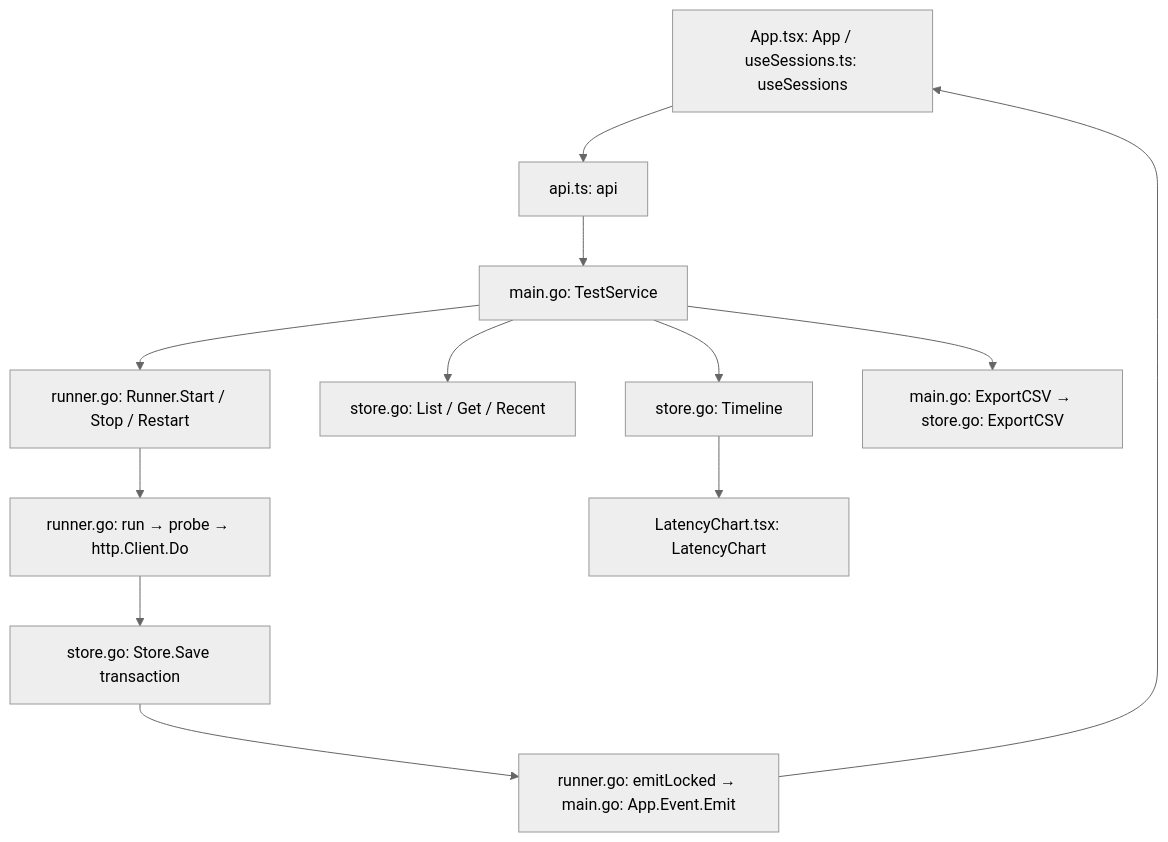
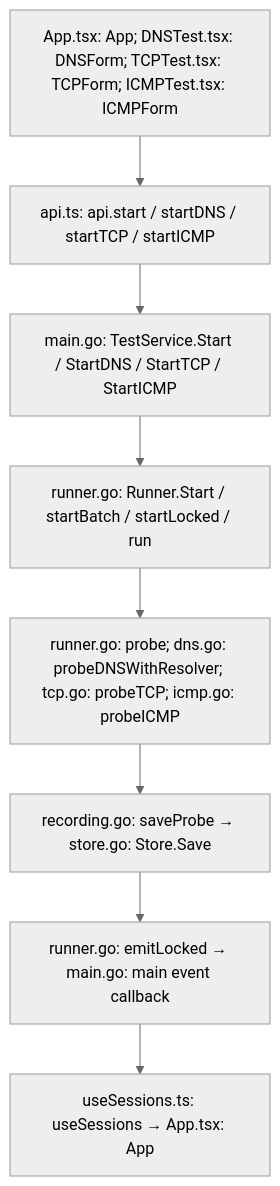
One commit to djian01/nt_gui changed the diagram in docs/architecture/desktop.md. Above: the diagram before and after it, drawn with Mermaid (neutral theme). The commit also changed other lines of this file and 86 other files, not shown here.

````diff
--- a/docs/architecture/desktop.md
+++ b/docs/architecture/desktop.md
@@ -71,14 +34,10 @@
 ```mermaid
 flowchart TD
-    UI["App.tsx: App / useSessions.ts: useSessions"] --> API["api.ts: api"]
-    API --> Service["main.go: TestService"]
-    Service --> Runner["runner.go: Runner.Start / Stop / Restart"]
-    Runner --> Probe["runner.go: run → probe → http.Client.Do"]
-    Probe --> Save["store.go: Store.Save transaction"]
-    Save --> Event["runner.go: emitLocked → main.go: App.Event.Emit"]
-    Event --> UI
-    Service --> History["store.go: List / Get / Recent"]
-    Service --> Timeline["store.go: Timeline"]
-    Timeline --> Chart["LatencyChart.tsx: LatencyChart"]
-    Service --> Export["main.go: ExportCSV → store.go: ExportCSV"]
+    UI["App.tsx: App; DNSTest.tsx: DNSForm; TCPTest.tsx: TCPForm; ICMPTest.tsx: ICMPForm"] --> API["api.ts: api.start / startDNS / startTCP / startICMP"]
+    API --> Bridge["main.go: TestService.Start / StartDNS / StartTCP / StartICMP"]
+    Bridge --> Run["runner.go: Runner.Start / startBatch / startLocked / run"]
+    Run --> Probe["runner.go: probe; dns.go: probeDNSWithResolver; tcp.go: probeTCP; icmp.go: probeICMP"]
+    Probe --> Save["recording.go: saveProbe → store.go: Store.Save"]
+    Save --> Event["runner.go: emitLocked → main.go: main event callback"]
+    Event --> View["useSessions.ts: useSessions → App.tsx: App"]
 ```
````
